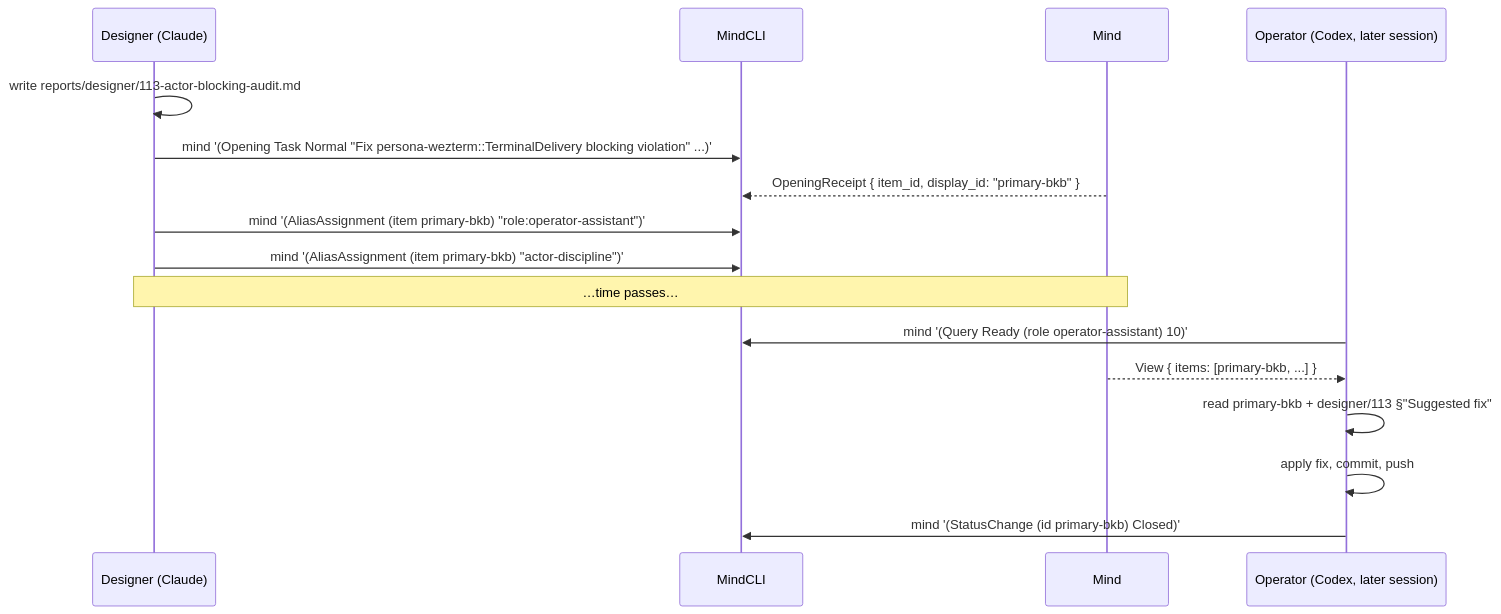
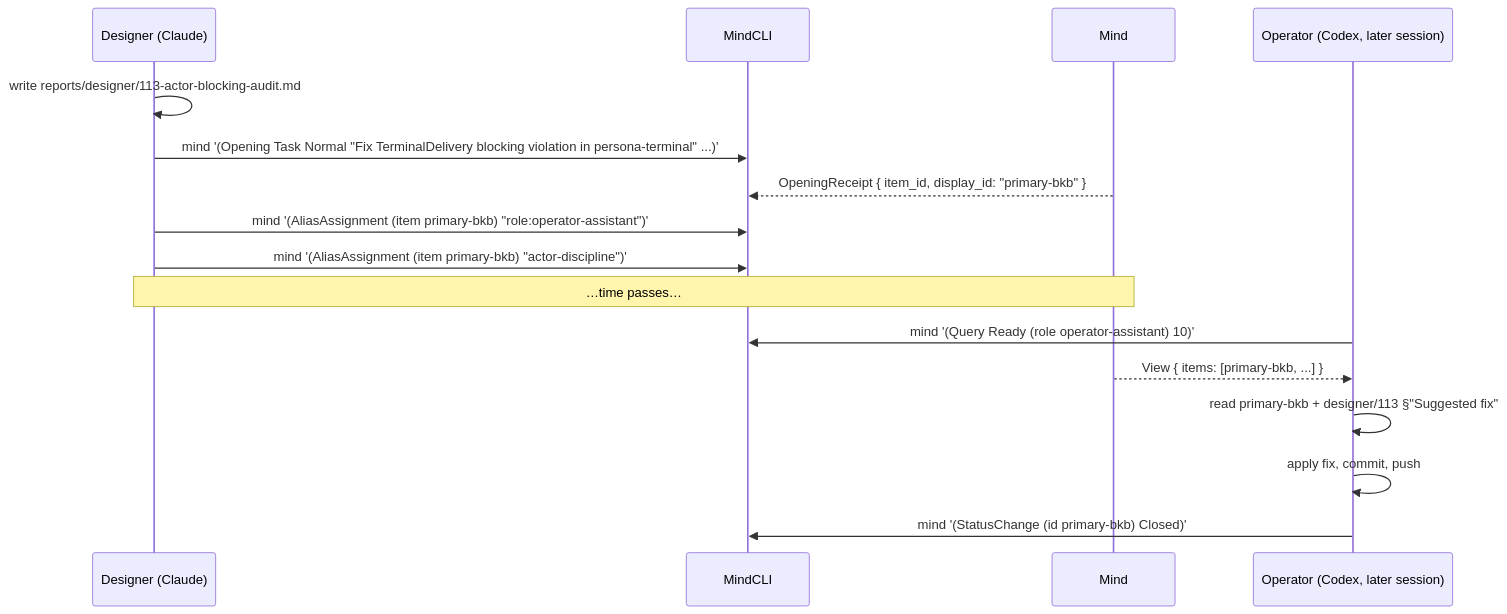
Before and after one commit to LiGoldragon/primary: diagram 15 of 18 in reports/designer/114-persona-vision-as-of-2026-05-11.md, drawn with Mermaid. The commit also changed other lines of this file, not shown here.

Commit message:
designer/114: apply Li 2026-05-11 corrections — drop WezTerm, add persona-message proxy visibly, system→terminal edge, smaller diagrams (3 instead of 1), agents inside terminal-cell, human-only-via-agent model

````diff
--- a/reports/designer/114-persona-vision-as-of-2026-05-11.md
+++ b/reports/designer/114-persona-vision-as-of-2026-05-11.md
@@ -993,22 +944,22 @@
 ```mermaid
 sequenceDiagram
     participant Design as Designer (Claude)
     participant MindCLI
     participant Mind
     participant Op as Operator (Codex, later session)
 
     Design->>Design: write reports/designer/113-actor-blocking-audit.md
-    Design->>MindCLI: mind '(Opening Task Normal "Fix persona-wezterm::TerminalDelivery blocking violation" ...)'
+    Design->>MindCLI: mind '(Opening Task Normal "Fix TerminalDelivery blocking violation in persona-terminal" ...)'
     Mind-->>MindCLI: OpeningReceipt { item_id, display_id: "primary-bkb" }
 
     Design->>MindCLI: mind '(AliasAssignment (item primary-bkb) "role:operator-assistant")'
     Design->>MindCLI: mind '(AliasAssignment (item primary-bkb) "actor-discipline")'
 
     Note over Design,Mind: …time passes…
 
     Op->>MindCLI: mind '(Query Ready (role operator-assistant) 10)'
     Mind-->>Op: View { items: [primary-bkb, ...] }
     Op->>Op: read primary-bkb + designer/113 §"Suggested fix"
     Op->>Op: apply fix, commit, push
     Op->>MindCLI: mind '(StatusChange (id primary-bkb) Closed)'
 ```
````
